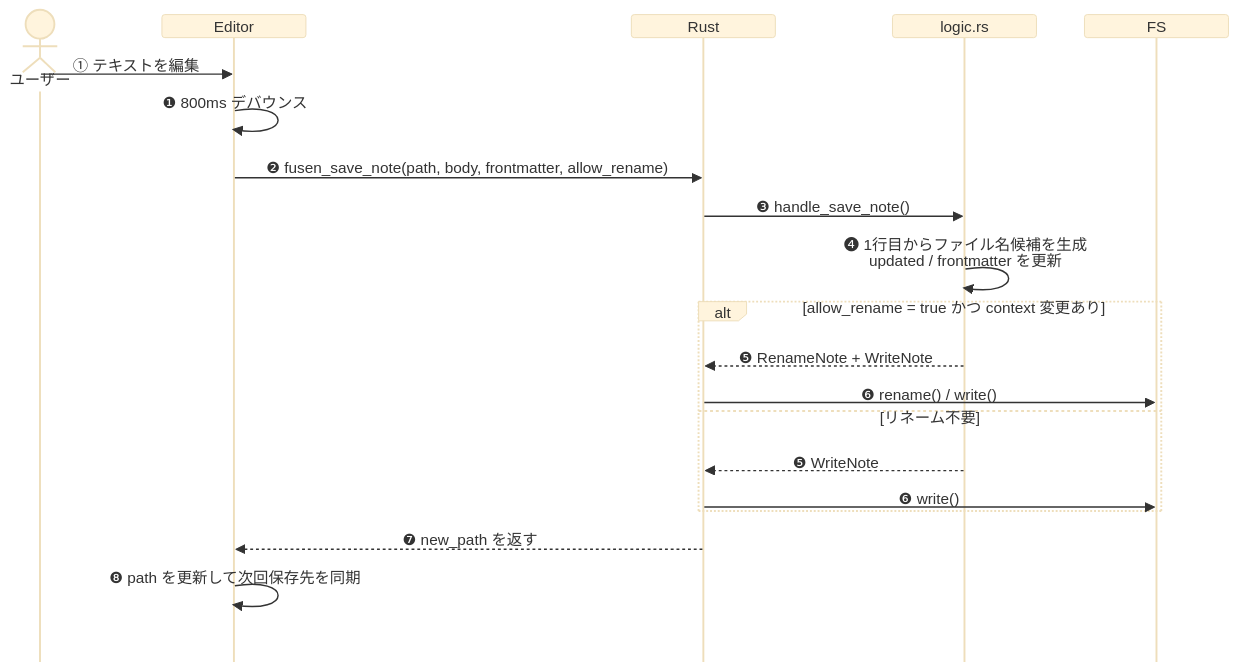
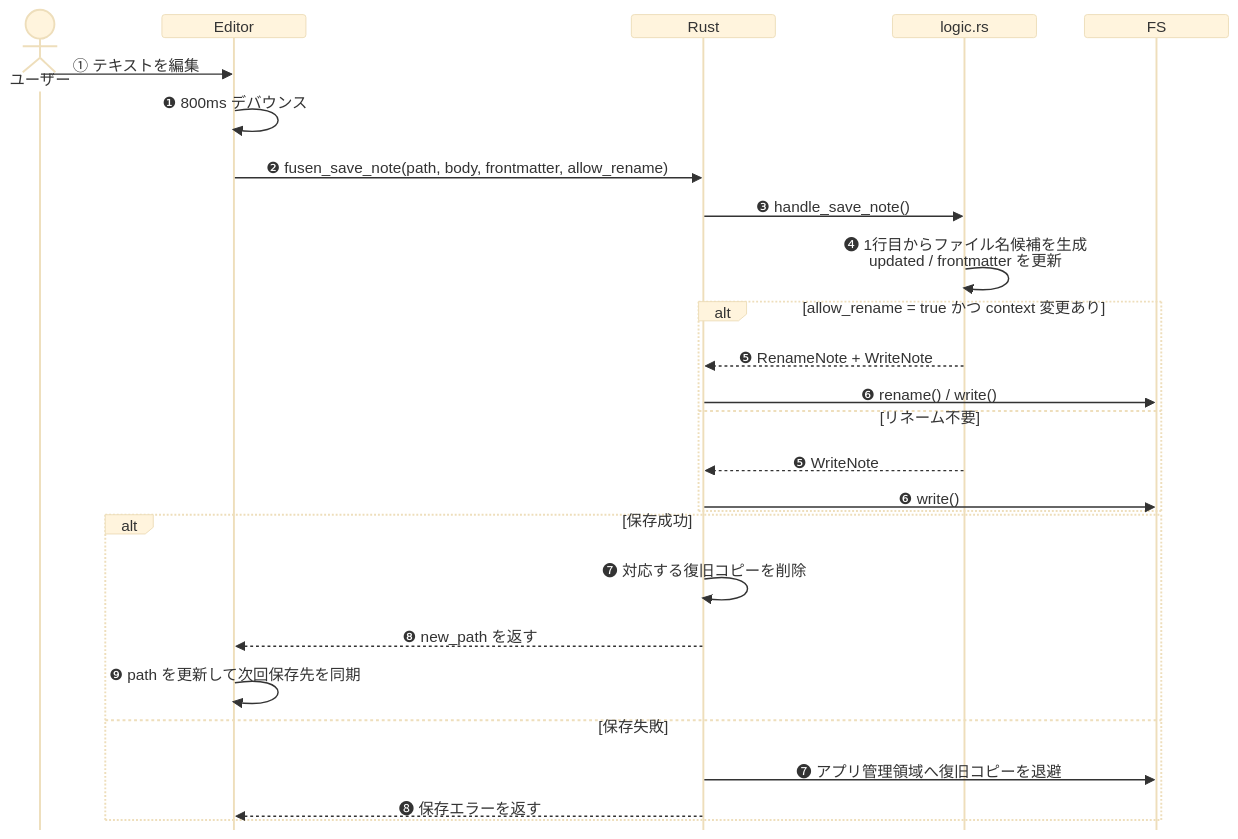
One commit to ore-no-fusen/ore-no-fusen changed the sixth of 15 diagrams in docs-v2/002_PC.md. Above: the diagram before and after it, drawn with Mermaid (base theme). The commit also changed other lines of this file and 1 other file, not shown here.

````diff
--- a/docs-v2/002_PC.md
+++ b/docs-v2/002_PC.md
@@ -467,24 +473,30 @@
 ```mermaid
 %%{init: {'sequence': {'messageMargin': 8, 'mirrorActors': false, 'height': 24, 'boxMargin': 4, 'noteMargin': 6}}}%%
 sequenceDiagram
     actor U as ユーザー
     participant E as Editor
     participant R as Rust
     participant L as logic.rs
     participant FS as FS
 
     U->>E: ① テキストを編集
     E->>E: ❶ 800ms デバウンス
     E->>R: ❷ fusen_save_note(path, body, frontmatter, allow_rename)
     R->>L: ❸ handle_save_note()
     L->>L: ❹ 1行目からファイル名候補を生成<br>updated / frontmatter を更新
     alt allow_rename = true かつ context 変更あり
         L-->>R: ❺ RenameNote + WriteNote
         R->>FS: ❻ rename() / write()
     else リネーム不要
         L-->>R: ❺ WriteNote
         R->>FS: ❻ write()
     end
-    R-->>E: ❼ new_path を返す
-    E->>E: ❽ path を更新して次回保存先を同期
+    alt 保存成功
+        R->>R: ❼ 対応する復旧コピーを削除
+        R-->>E: ❽ new_path を返す
+        E->>E: ❾ path を更新して次回保存先を同期
+    else 保存失敗
+        R->>FS: ❼ アプリ管理領域へ復旧コピーを退避
+        R-->>E: ❽ 保存エラーを返す
+    end
 ```
````
